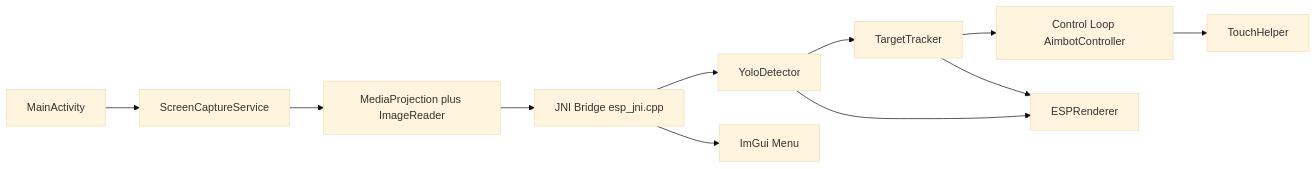
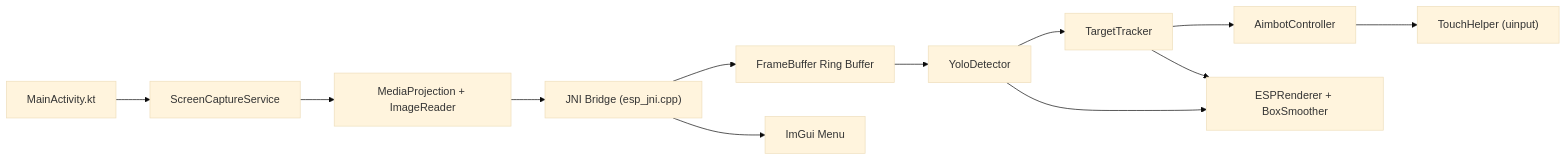
One commit to 1337Xcode/AimBuddy changed the first of 5 diagrams in docs/Architecture.md. Above: the diagram before and after it, drawn with Mermaid (base theme). The commit also changed other lines of this file and 6 other files, not shown here.

````diff
--- a/docs/Architecture.md
+++ b/docs/Architecture.md
@@ -15,13 +21,14 @@
 ```mermaid
 flowchart LR
-A[MainActivity] --> B[ScreenCaptureService]
-B --> C[MediaProjection plus ImageReader]
-C --> D[JNI Bridge esp_jni.cpp]
-D --> E[YoloDetector]
-E --> F[TargetTracker]
-F --> G[Control Loop AimbotController]
-G --> H[TouchHelper]
-E --> I[ESPRenderer]
-F --> I
-D --> J[ImGui Menu]
+    A[MainActivity.kt] --> B[ScreenCaptureService]
+    B --> C[MediaProjection + ImageReader]
+    C --> D["JNI Bridge (esp_jni.cpp)"]
+    D --> E[FrameBuffer Ring Buffer]
+    E --> F[YoloDetector]
+    F --> G[TargetTracker]
+    G --> H[AimbotController]
+    H --> I["TouchHelper (uinput)"]
+    F --> J[ESPRenderer + BoxSmoother]
+    G --> J
+    D --> K[ImGui Menu]
 ```
````
